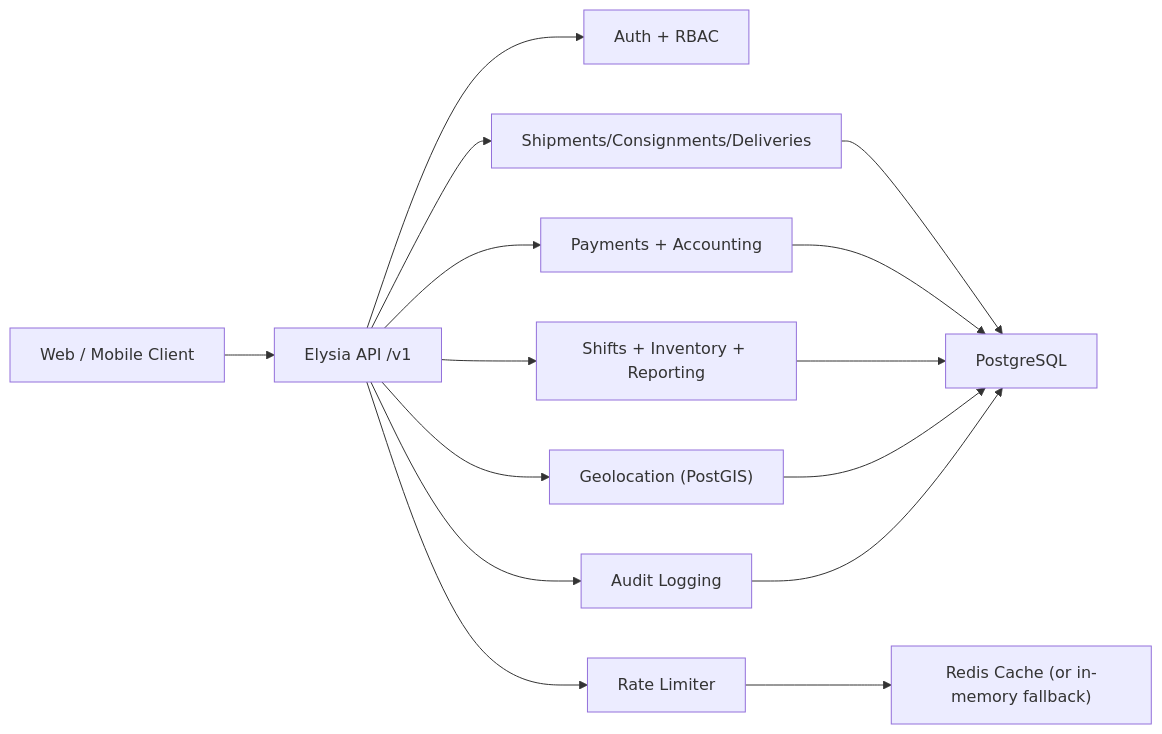
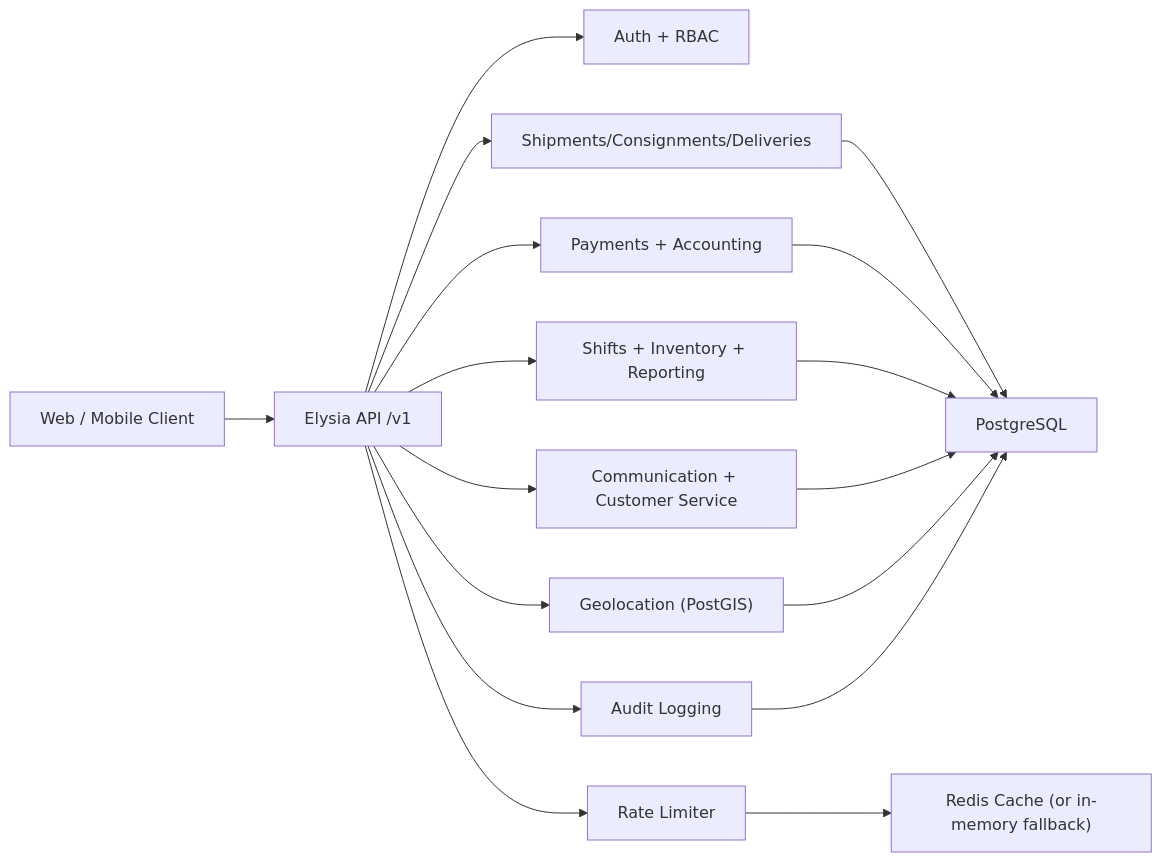
The first of 2 diagrams in docs/ARCHITECTURE.md (kumateck/vipex_app), drawn with Mermaid before and after one commit. The commit also changed other lines of this file and 230 other files, not shown here.

````diff
--- a/docs/ARCHITECTURE.md
+++ b/docs/ARCHITECTURE.md
@@ -10,17 +18,19 @@
 ```mermaid
 flowchart LR
   Client["Web / Mobile Client"] --> API["Elysia API /v1"]
   API --> Auth["Auth + RBAC"]
   API --> Shipments["Shipments/Consignments/Deliveries"]
   API --> Finance["Payments + Accounting"]
   API --> Ops["Shifts + Inventory + Reporting"]
+  API --> Comm["Communication + Customer Service"]
   API --> Geo["Geolocation (PostGIS)"]
   API --> Audit["Audit Logging"]
   API --> Rate["Rate Limiter"]
   Rate --> Cache["Redis Cache (or in-memory fallback)"]
   Shipments --> PG["PostgreSQL"]
   Finance --> PG
   Ops --> PG
+  Comm --> PG
   Geo --> PG
   Audit --> PG
 ```
````
